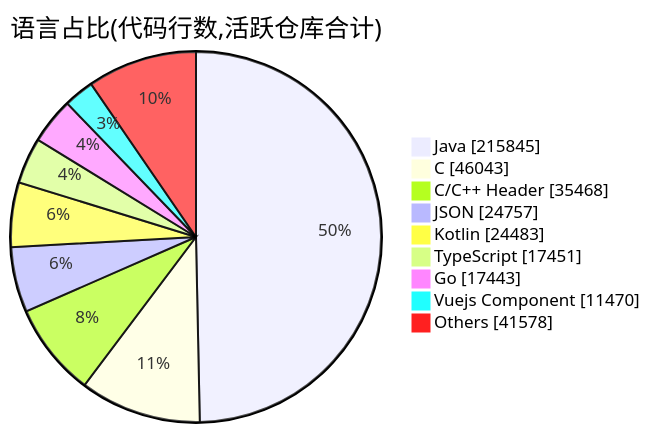
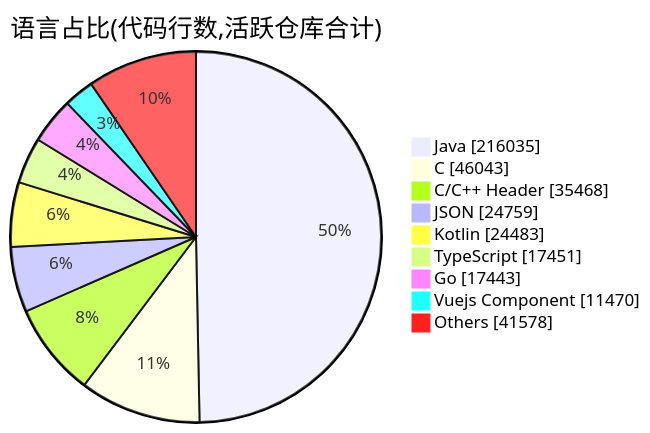
One commit to Conflux-Union/.github changed the second of 2 diagrams in profile/README.md. Above: the diagram before and after it, drawn with Mermaid. The commit also changed other lines of this file and 1 other file, not shown here.

````diff
--- a/profile/README.md
+++ b/profile/README.md
@@ -82,13 +82,13 @@
 ```mermaid
 pie showData
     title 语言占比(代码行数,活跃仓库合计)
-    "Java" : 215845
+    "Java" : 216035
     "C" : 46043
     "C/C++ Header" : 35468
-    "JSON" : 24757
+    "JSON" : 24759
     "Kotlin" : 24483
     "TypeScript" : 17451
     "Go" : 17443
     "Vuejs Component" : 11470
     "Others" : 41578
 ```
````
